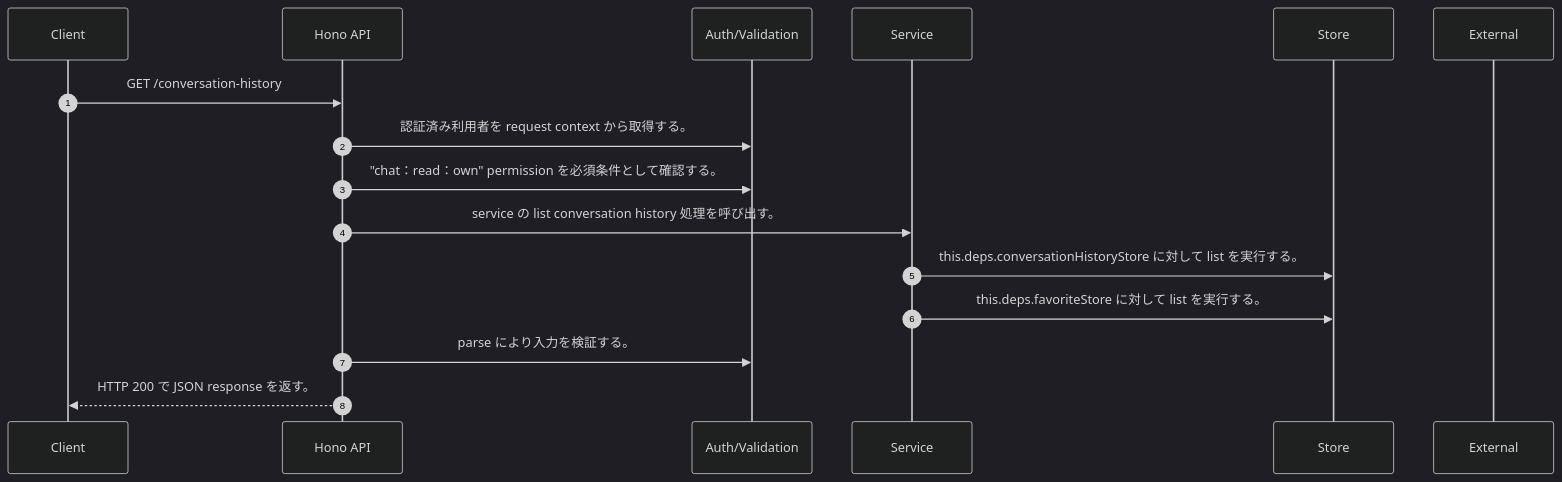
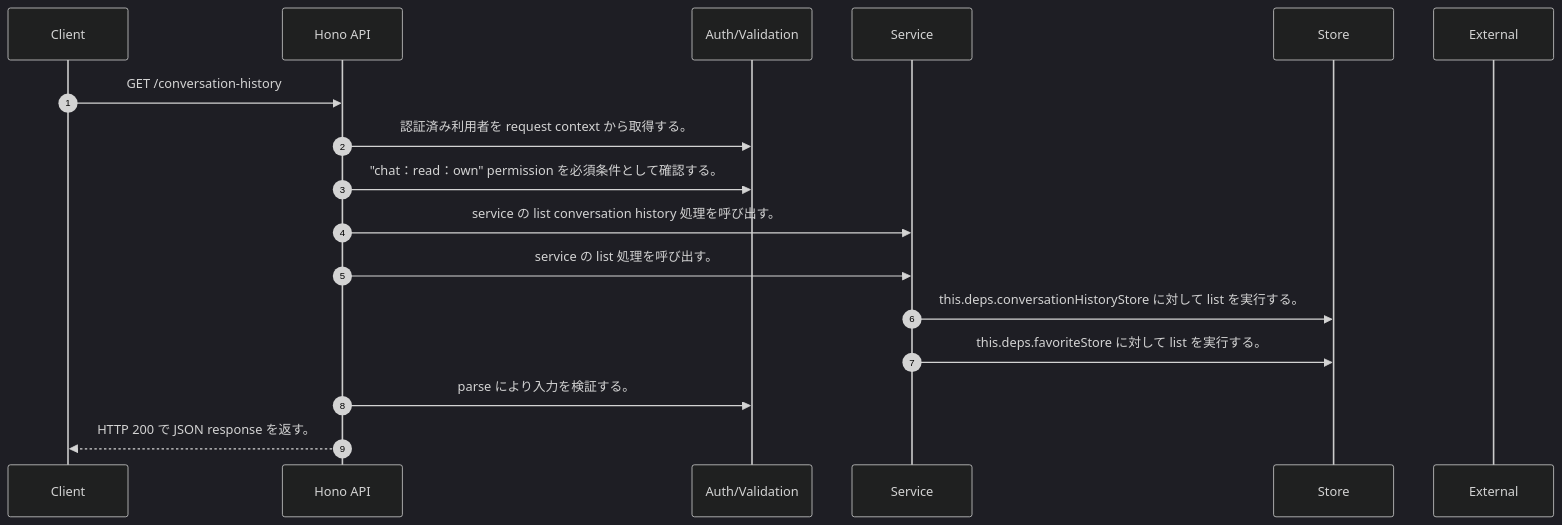
One commit to tsuji-tomonori/rag-assist changed the diagram in docs/generated/api-code/get-conversation-history/sequence_gen.md. Above: the diagram before and after it, drawn with Mermaid (dark theme). The commit also changed other lines of this file and 306 other files, not shown here.

````diff
--- a/docs/generated/api-code/get-conversation-history/sequence_gen.md
+++ b/docs/generated/api-code/get-conversation-history/sequence_gen.md
@@ -7,18 +7,19 @@
 ```mermaid
 sequenceDiagram
   autonumber
   participant Client as Client
   participant API as Hono API
   participant Auth as Auth/Validation
   participant Service as Service
   participant Store as Store
   participant External as External
   Client->>API: GET /conversation-history
   API->>Auth: 認証済み利用者を request context から取得する。
   API->>Auth: "chat：read：own" permission を必須条件として確認する。
   API->>Service: service の list conversation history 処理を呼び出す。
+  API->>Service: service の list 処理を呼び出す。
   Service->>Store: this.deps.conversationHistoryStore に対して list を実行する。
   Service->>Store: this.deps.favoriteStore に対して list を実行する。
   API->>Auth: parse により入力を検証する。
   API-->>Client: HTTP 200 で JSON response を返す。
 ```
````
